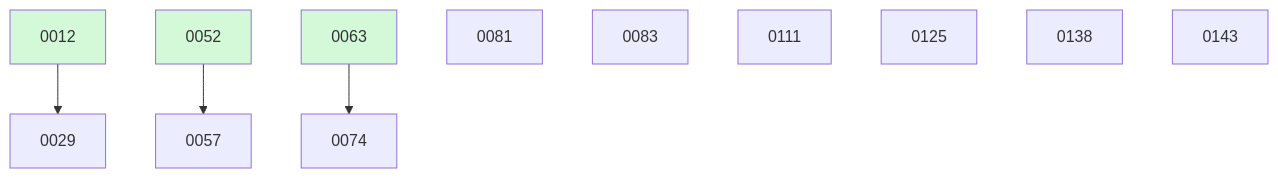
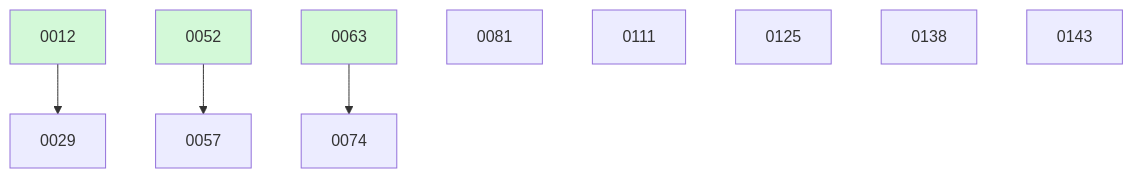
Before and after one commit to ethanhinson/fuse: the diagram in docs/changes/BOARD.md, drawn with Mermaid. The commit also changed other lines of this file and 1 other file, not shown here.

````diff
--- a/docs/changes/BOARD.md
+++ b/docs/changes/BOARD.md
@@ -34,16 +33,15 @@
 ```mermaid
 graph TD
   0012 --> 0029
   0052 --> 0057
   0063 --> 0074
   0081
-  0083
   0111
   0125
   0138
   0143
   0012:::done
   0052:::done
   0063:::done
   classDef done fill:#d3f9d8;
 ```
````
